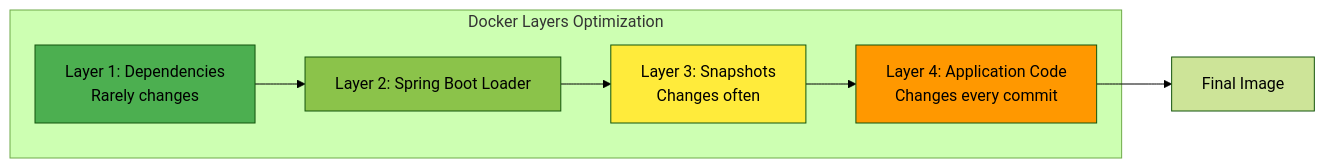
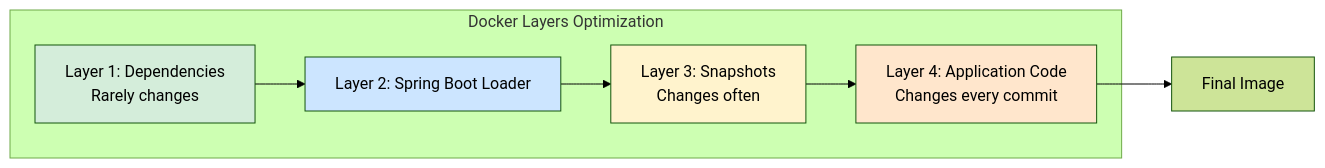
The second of 3 diagrams in 05_SRE_DevOps/docker_avanzado_java_21_optimizacion_STAFF.md (Joaquinriosheredia/DAM-Java-Mastery), drawn with Mermaid (forest theme) before and after one commit. The commit also changed other lines of this file, not shown here.

````diff
--- a/05_SRE_DevOps/docker_avanzado_java_21_optimizacion_STAFF.md
+++ b/05_SRE_DevOps/docker_avanzado_java_21_optimizacion_STAFF.md
@@ -114,15 +174,15 @@
 ```mermaid
 graph LR
     subgraph "Docker Layers Optimization"
-        DEP[Layer 1: Dependencies<br>Rarely changes] --> LOADER[Layer 2: Spring Boot Loader]
-        LOADER --> SNAP[Layer 3: Snapshots<br>Changes often]
-        SNAP --> APP[Layer 4: Application Code<br>Changes every commit]
+        DEP[Layer 1: Dependencies<br/>Rarely changes] --> LOADER[Layer 2: Spring Boot Loader]
+        LOADER --> SNAP[Layer 3: Snapshots<br/>Changes often]
+        SNAP --> APP[Layer 4: Application Code<br/>Changes every commit]
     end
     
     APP --> IMAGE[Final Image]
     
-    style DEP fill:#4CAF50
-    style LOADER fill:#8BC34A
-    style SNAP fill:#FFEB3B
-    style APP fill:#FF9800
+    style DEP fill:#d4edda
+    style LOADER fill:#cce5ff
+    style SNAP fill:#fff3cd
+    style APP fill:#ffe6cc
 ```
````
